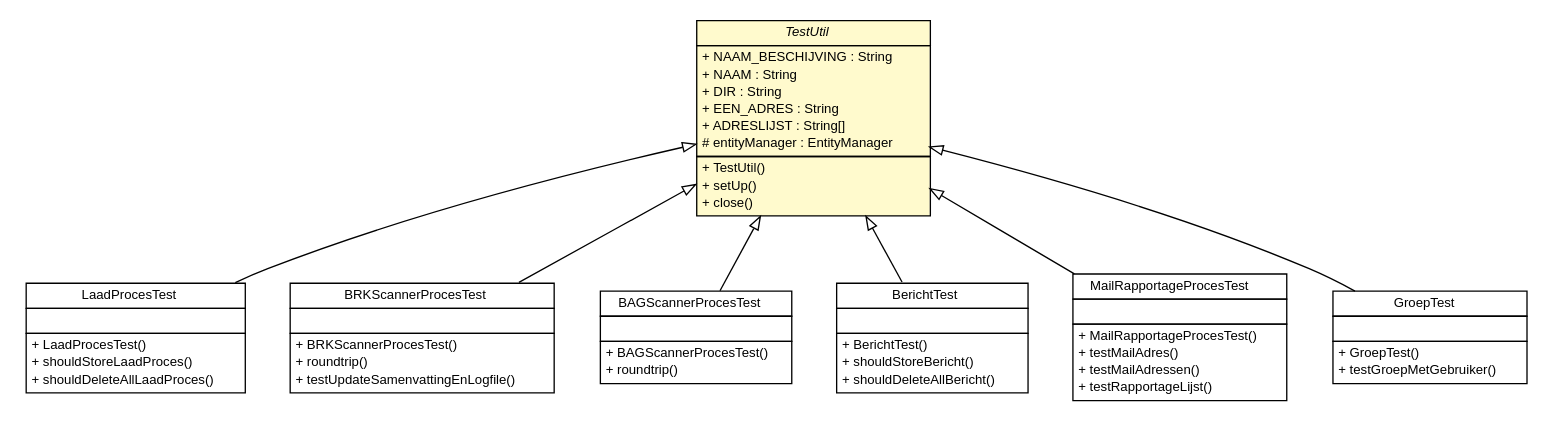
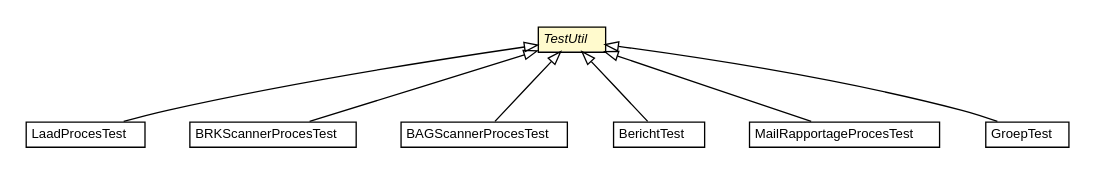
One commit to B3Partners/brmo changed the diagram in brmo-persistence/testapidocs/nl/b3p/brmo/persistence/TestUtil.dot. Above: the diagram before and after it, drawn with Graphviz. The commit also changed 252 other files, not shown here.

```diff
--- a/brmo-persistence/testapidocs/nl/b3p/brmo/persistence/TestUtil.dot
+++ b/brmo-persistence/testapidocs/nl/b3p/brmo/persistence/TestUtil.dot
@@ -1,126 +1,66 @@
 #!/usr/local/bin/dot
 #
 # Class diagram 
 # Generated by UMLGraph version R5_6-24-gf6e263 (http://www.umlgraph.org/)
 #
 
 digraph G {
 	edge [fontname="Helvetica",fontsize=10,labelfontname="Helvetica",labelfontsize=10];
 	node [fontname="Helvetica",fontsize=10,shape=plaintext];
 	nodesep=0.25;
 	ranksep=0.5;
 	// nl.b3p.brmo.persistence.staging.LaadProcesTest
-	c71 [label=<<table title="nl.b3p.brmo.persistence.staging.LaadProcesTest" border="0" cellborder="1" cellspacing="0" cellpadding="2" port="p" href="./staging/LaadProcesTest.html">
+	c70 [label=<<table title="nl.b3p.brmo.persistence.staging.LaadProcesTest" border="0" cellborder="1" cellspacing="0" cellpadding="2" port="p" href="./staging/LaadProcesTest.html">
 		<tr><td><table border="0" cellspacing="0" cellpadding="1">
 <tr><td align="center" balign="center"> LaadProcesTest </td></tr>
 		</table></td></tr>
-		<tr><td><table border="0" cellspacing="0" cellpadding="1">
-<tr><td align="left" balign="left">  </td></tr>
-		</table></td></tr>
-		<tr><td><table border="0" cellspacing="0" cellpadding="1">
-<tr><td align="left" balign="left"> + LaadProcesTest() </td></tr>
-<tr><td align="left" balign="left"> + shouldStoreLaadProces() </td></tr>
-<tr><td align="left" balign="left"> + shouldDeleteAllLaadProces() </td></tr>
-		</table></td></tr>
 		</table>>, URL="./staging/LaadProcesTest.html", fontname="Helvetica", fontcolor="black", fontsize=10.0];
 	// nl.b3p.brmo.persistence.staging.BRKScannerProcesTest
-	c72 [label=<<table title="nl.b3p.brmo.persistence.staging.BRKScannerProcesTest" border="0" cellborder="1" cellspacing="0" cellpadding="2" port="p" href="./staging/BRKScannerProcesTest.html">
+	c71 [label=<<table title="nl.b3p.brmo.persistence.staging.BRKScannerProcesTest" border="0" cellborder="1" cellspacing="0" cellpadding="2" port="p" href="./staging/BRKScannerProcesTest.html">
 		<tr><td><table border="0" cellspacing="0" cellpadding="1">
 <tr><td align="center" balign="center"> BRKScannerProcesTest </td></tr>
 		</table></td></tr>
-		<tr><td><table border="0" cellspacing="0" cellpadding="1">
-<tr><td align="left" balign="left">  </td></tr>
-		</table></td></tr>
-		<tr><td><table border="0" cellspacing="0" cellpadding="1">
-<tr><td align="left" balign="left"> + BRKScannerProcesTest() </td></tr>
-<tr><td align="left" balign="left"> + roundtrip() </td></tr>
-<tr><td align="left" balign="left"> + testUpdateSamenvattingEnLogfile() </td></tr>
-		</table></td></tr>
 		</table>>, URL="./staging/BRKScannerProcesTest.html", fontname="Helvetica", fontcolor="black", fontsize=10.0];
 	// nl.b3p.brmo.persistence.staging.BAGScannerProcesTest
-	c73 [label=<<table title="nl.b3p.brmo.persistence.staging.BAGScannerProcesTest" border="0" cellborder="1" cellspacing="0" cellpadding="2" port="p" href="./staging/BAGScannerProcesTest.html">
+	c72 [label=<<table title="nl.b3p.brmo.persistence.staging.BAGScannerProcesTest" border="0" cellborder="1" cellspacing="0" cellpadding="2" port="p" href="./staging/BAGScannerProcesTest.html">
 		<tr><td><table border="0" cellspacing="0" cellpadding="1">
 <tr><td align="center" balign="center"> BAGScannerProcesTest </td></tr>
 		</table></td></tr>
-		<tr><td><table border="0" cellspacing="0" cellpadding="1">
-<tr><td align="left" balign="left">  </td></tr>
-		</table></td></tr>
-		<tr><td><table border="0" cellspacing="0" cellpadding="1">
-<tr><td align="left" balign="left"> + BAGScannerProcesTest() </td></tr>
-<tr><td align="left" balign="left"> + roundtrip() </td></tr>
-		</table></td></tr>
 		</table>>, URL="./staging/BAGScannerProcesTest.html", fontname="Helvetica", fontcolor="black", fontsize=10.0];
 	// nl.b3p.brmo.persistence.staging.BerichtTest
-	c74 [label=<<table title="nl.b3p.brmo.persistence.staging.BerichtTest" border="0" cellborder="1" cellspacing="0" cellpadding="2" port="p" href="./staging/BerichtTest.html">
+	c73 [label=<<table title="nl.b3p.brmo.persistence.staging.BerichtTest" border="0" cellborder="1" cellspacing="0" cellpadding="2" port="p" href="./staging/BerichtTest.html">
 		<tr><td><table border="0" cellspacing="0" cellpadding="1">
 <tr><td align="center" balign="center"> BerichtTest </td></tr>
 		</table></td></tr>
-		<tr><td><table border="0" cellspacing="0" cellpadding="1">
-<tr><td align="left" balign="left">  </td></tr>
-		</table></td></tr>
-		<tr><td><table border="0" cellspacing="0" cellpadding="1">
-<tr><td align="left" balign="left"> + BerichtTest() </td></tr>
-<tr><td align="left" balign="left"> + shouldStoreBericht() </td></tr>
-<tr><td align="left" balign="left"> + shouldDeleteAllBericht() </td></tr>
-		</table></td></tr>
 		</table>>, URL="./staging/BerichtTest.html", fontname="Helvetica", fontcolor="black", fontsize=10.0];
 	// nl.b3p.brmo.persistence.staging.MailRapportageProcesTest
-	c75 [label=<<table title="nl.b3p.brmo.persistence.staging.MailRapportageProcesTest" border="0" cellborder="1" cellspacing="0" cellpadding="2" port="p" href="./staging/MailRapportageProcesTest.html">
+	c74 [label=<<table title="nl.b3p.brmo.persistence.staging.MailRapportageProcesTest" border="0" cellborder="1" cellspacing="0" cellpadding="2" port="p" href="./staging/MailRapportageProcesTest.html">
 		<tr><td><table border="0" cellspacing="0" cellpadding="1">
 <tr><td align="center" balign="center"> MailRapportageProcesTest </td></tr>
 		</table></td></tr>
-		<tr><td><table border="0" cellspacing="0" cellpadding="1">
-<tr><td align="left" balign="left">  </td></tr>
-		</table></td></tr>
-		<tr><td><table border="0" cellspacing="0" cellpadding="1">
-<tr><td align="left" balign="left"> + MailRapportageProcesTest() </td></tr>
-<tr><td align="left" balign="left"> + testMailAdres() </td></tr>
-<tr><td align="left" balign="left"> + testMailAdressen() </td></tr>
-<tr><td align="left" balign="left"> + testRapportageLijst() </td></tr>
-		</table></td></tr>
 		</table>>, URL="./staging/MailRapportageProcesTest.html", fontname="Helvetica", fontcolor="black", fontsize=10.0];
 	// nl.b3p.brmo.persistence.TestUtil
-	c76 [label=<<table title="nl.b3p.brmo.persistence.TestUtil" border="0" cellborder="1" cellspacing="0" cellpadding="2" port="p" bgcolor="lemonChiffon" href="./TestUtil.html">
+	c75 [label=<<table title="nl.b3p.brmo.persistence.TestUtil" border="0" cellborder="1" cellspacing="0" cellpadding="2" port="p" bgcolor="lemonChiffon" href="./TestUtil.html">
 		<tr><td><table border="0" cellspacing="0" cellpadding="1">
 <tr><td align="center" balign="center"><font face="Helvetica-Oblique"> TestUtil </font></td></tr>
 		</table></td></tr>
-		<tr><td><table border="0" cellspacing="0" cellpadding="1">
-<tr><td align="left" balign="left"> + NAAM_BESCHIJVING : String </td></tr>
-<tr><td align="left" balign="left"> + NAAM : String </td></tr>
-<tr><td align="left" balign="left"> + DIR : String </td></tr>
-<tr><td align="left" balign="left"> + EEN_ADRES : String </td></tr>
-<tr><td align="left" balign="left"> + ADRESLIJST : String[] </td></tr>
-<tr><td align="left" balign="left"> # entityManager : EntityManager </td></tr>
-		</table></td></tr>
-		<tr><td><table border="0" cellspacing="0" cellpadding="1">
-<tr><td align="left" balign="left"> + TestUtil() </td></tr>
-<tr><td align="left" balign="left"> + setUp() </td></tr>
-<tr><td align="left" balign="left"> + close() </td></tr>
-		</table></td></tr>
 		</table>>, URL="./TestUtil.html", fontname="Helvetica", fontcolor="black", fontsize=10.0];
 	// nl.b3p.brmo.persistence.auth.GroepTest
-	c77 [label=<<table title="nl.b3p.brmo.persistence.auth.GroepTest" border="0" cellborder="1" cellspacing="0" cellpadding="2" port="p" href="./auth/GroepTest.html">
+	c76 [label=<<table title="nl.b3p.brmo.persistence.auth.GroepTest" border="0" cellborder="1" cellspacing="0" cellpadding="2" port="p" href="./auth/GroepTest.html">
 		<tr><td><table border="0" cellspacing="0" cellpadding="1">
 <tr><td align="center" balign="center"> GroepTest </td></tr>
 		</table></td></tr>
-		<tr><td><table border="0" cellspacing="0" cellpadding="1">
-<tr><td align="left" balign="left">  </td></tr>
-		</table></td></tr>
-		<tr><td><table border="0" cellspacing="0" cellpadding="1">
-<tr><td align="left" balign="left"> + GroepTest() </td></tr>
-<tr><td align="left" balign="left"> + testGroepMetGebruiker() </td></tr>
-		</table></td></tr>
 		</table>>, URL="./auth/GroepTest.html", fontname="Helvetica", fontcolor="black", fontsize=10.0];
 	//nl.b3p.brmo.persistence.staging.LaadProcesTest extends nl.b3p.brmo.persistence.TestUtil
-	c76:p -> c71:p [dir=back,arrowtail=empty];
+	c75:p -> c70:p [dir=back,arrowtail=empty];
 	//nl.b3p.brmo.persistence.staging.BRKScannerProcesTest extends nl.b3p.brmo.persistence.TestUtil
-	c76:p -> c72:p [dir=back,arrowtail=empty];
+	c75:p -> c71:p [dir=back,arrowtail=empty];
 	//nl.b3p.brmo.persistence.staging.BAGScannerProcesTest extends nl.b3p.brmo.persistence.TestUtil
-	c76:p -> c73:p [dir=back,arrowtail=empty];
+	c75:p -> c72:p [dir=back,arrowtail=empty];
 	//nl.b3p.brmo.persistence.staging.BerichtTest extends nl.b3p.brmo.persistence.TestUtil
-	c76:p -> c74:p [dir=back,arrowtail=empty];
+	c75:p -> c73:p [dir=back,arrowtail=empty];
 	//nl.b3p.brmo.persistence.staging.MailRapportageProcesTest extends nl.b3p.brmo.persistence.TestUtil
-	c76:p -> c75:p [dir=back,arrowtail=empty];
+	c75:p -> c74:p [dir=back,arrowtail=empty];
 	//nl.b3p.brmo.persistence.auth.GroepTest extends nl.b3p.brmo.persistence.TestUtil
-	c76:p -> c77:p [dir=back,arrowtail=empty];
+	c75:p -> c76:p [dir=back,arrowtail=empty];
 }
```
